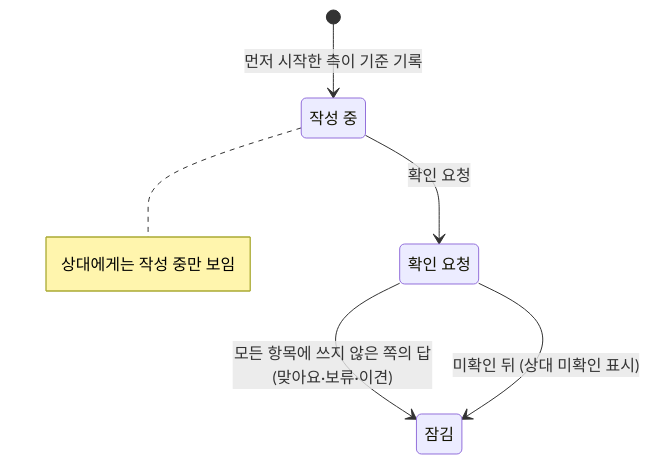
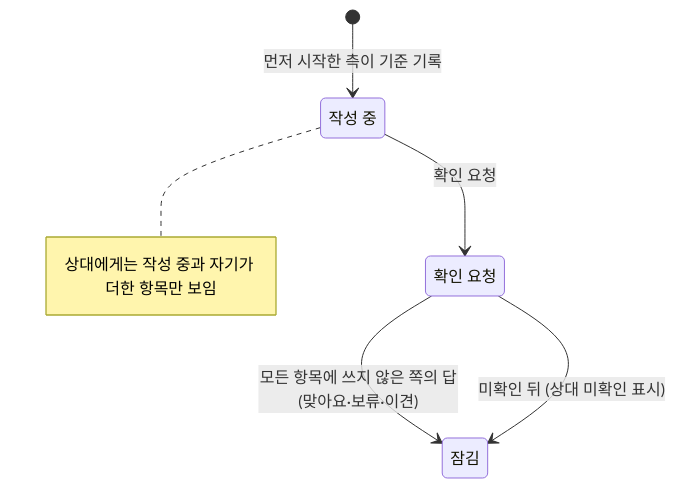
Before and after one commit to prgrms-be-devcourse/NBE12-14-final-homestamp: the tenth of 14 diagrams in docs/rules/03-상태와-규칙.md, drawn with Mermaid. The commit also changed other lines of this file and 4 other files, not shown here.

````diff
--- a/docs/rules/03-상태와-규칙.md
+++ b/docs/rules/03-상태와-규칙.md
@@ -571,11 +571,11 @@
 ```mermaid
 stateDiagram-v2
     state "작성 중" as Draft
     state "확인 요청" as Req
     state "잠김" as Locked
     [*] --> Draft : 먼저 시작한 측이 기준 기록
     Draft --> Req : 확인 요청
     Req --> Locked : 모든 항목에 쓰지 않은 쪽의 답(맞아요·보류·이견)
     Req --> Locked : 미확인 뒤 (상대 미확인 표시)
-    note right of Draft : 상대에게는 작성 중만 보임
+    note right of Draft : 상대에게는 작성 중과 자기가 더한 항목만 보임
 ```
````
